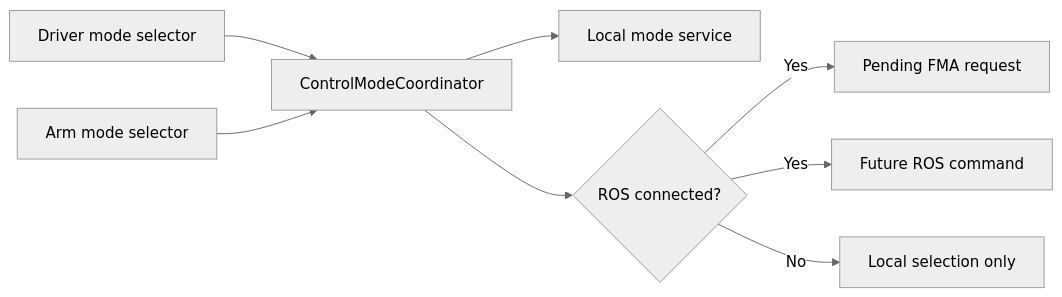
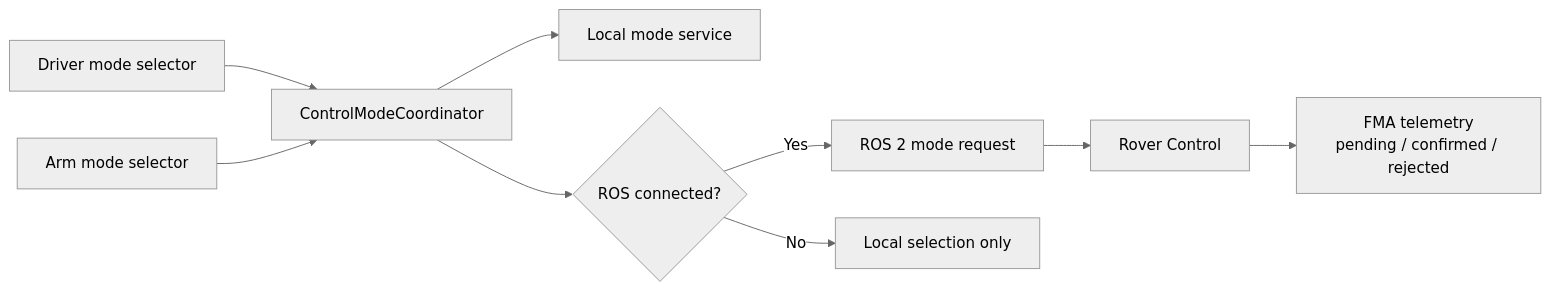
One commit to deakin-robotics/Chasmata-2027 changed the first of 2 diagrams in gui/docs/control-modes.md. Above: the diagram before and after it, drawn with Mermaid (neutral theme). The commit also changed other lines of this file and 3 other files, not shown here.

Commit message:
Clarify GUI state and IK documentation flows

````diff
--- a/gui/docs/control-modes.md
+++ b/gui/docs/control-modes.md
@@ -50,10 +50,11 @@
 ```mermaid
 flowchart LR
     driver[Driver mode selector] --> coordinator[ControlModeCoordinator]
     arm[Arm mode selector] --> coordinator
     coordinator --> local[Local mode service]
     coordinator --> connection{ROS connected?}
-    connection -->|Yes| pending[Pending FMA request]
-    connection -->|Yes| future[Future ROS command]
+    connection -->|Yes| request[ROS 2 mode request]
+    request --> rover[Rover Control]
     connection -->|No| disconnected[Local selection only]
+    rover --> telemetry[FMA telemetry<br/>pending / confirmed / rejected]
 ```
````
